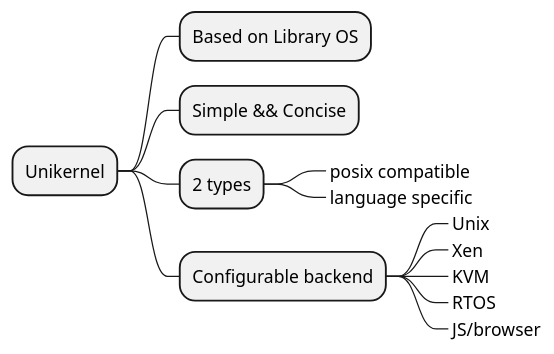
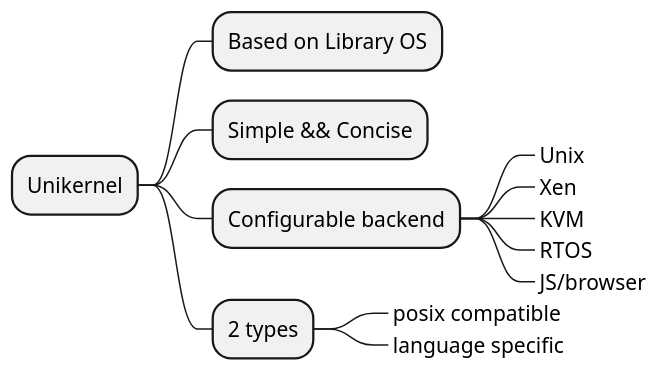
One commit to doyu/elc2019 changed the diagram in summary-unikernel.puml. Above: the diagram before and after it, drawn with PlantUML. The commit also changed 1 other file, not shown here.

```diff
--- a/summary-unikernel.puml
+++ b/summary-unikernel.puml
@@ -1,14 +1,15 @@
 @startmindmap
+scale 1.2
 * Unikernel
 ** Based on Library OS
 ** Simple && Concise
-** 2 types
-***_ posix compatible
-***_ language specific
 ** Configurable backend
 ***_ Unix
 ***_ Xen
 ***_ KVM
 ***_ RTOS
 ***_ JS/browser
+** 2 types
+***_ posix compatible
+***_ language specific
 @endmindmap
```
